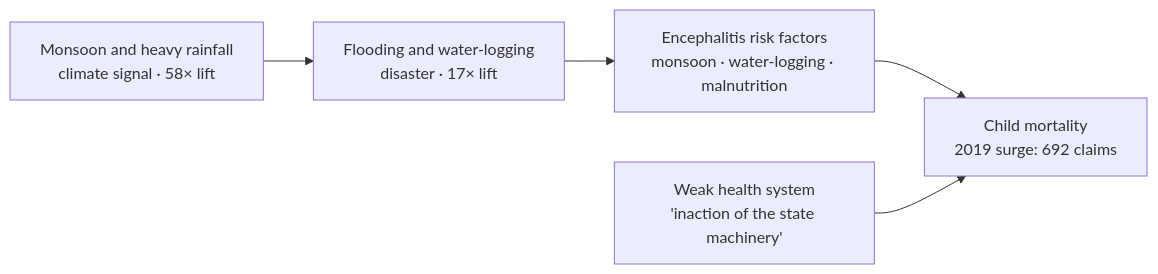
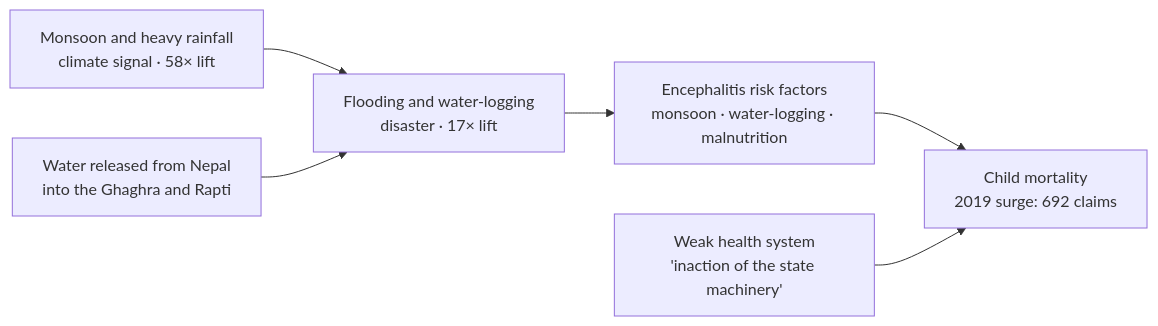
One commit to fliarbi/prism-mcp changed the diagram in examples/east-uttar-pradesh/README.md. Above: the diagram before and after it, drawn with Mermaid. The commit also changed other lines of this file and 1 other file, not shown here.

````diff
--- a/examples/east-uttar-pradesh/README.md
+++ b/examples/east-uttar-pradesh/README.md
@@ -21,7 +22,8 @@
 ```mermaid
 flowchart LR
   A["Monsoon and heavy rainfall<br/>climate signal · 58× lift"] --> B["Flooding and water-logging<br/>disaster · 17× lift"]
+  F["Water released from Nepal<br/>into the Ghaghra and Rapti"] --> B
   B --> C["Encephalitis risk factors<br/>monsoon · water-logging · malnutrition"]
   C --> D["Child mortality<br/>2019 surge: 692 claims"]
   E["Weak health system<br/>'inaction of the state machinery'"] --> D
 ```
````
